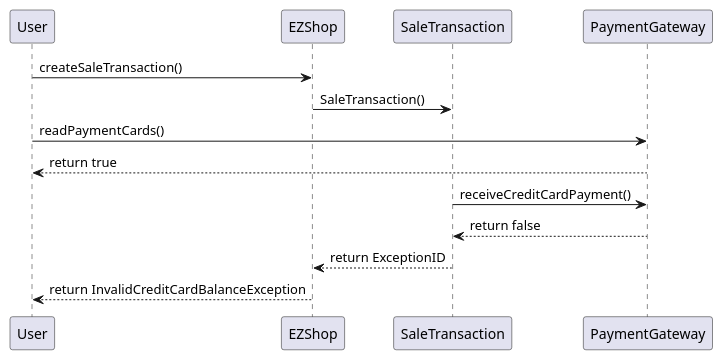
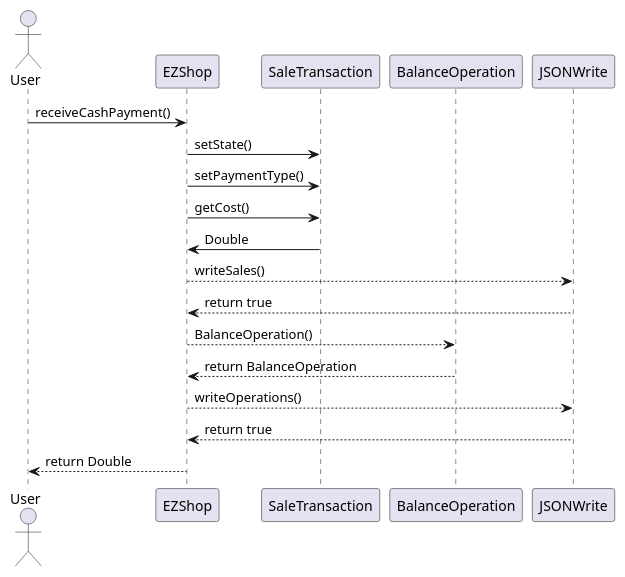
Diagram 18 of 21 in Deliverables/DesignDocument.md (giuseppesalvi/ezshop), drawn with PlantUML before and after one commit. The commit also changed other lines of this file, not shown here.

Commit message:
Update DesignDocument.md: sequence diagrams

````diff
--- a/Deliverables/DesignDocument.md
+++ b/Deliverables/DesignDocument.md
@@ -559,16 +585,20 @@
 ```plantuml
 @startuml
-participant User
+actor User
 participant EZShop
 participant SaleTransaction
-participant PaymentGateway
-User -> EZShop : createSaleTransaction()
-EZShop -> SaleTransaction : SaleTransaction()
-User -> PaymentGateway : readPaymentCards()
-User <-- PaymentGateway : return true
-SaleTransaction -> PaymentGateway : receiveCreditCardPayment()
-SaleTransaction <-- PaymentGateway : return false
-EZShop <-- SaleTransaction : return ExceptionID
-User <-- EZShop : return InvalidCreditCardBalanceException
+participant BalanceOperation
+User -> EZShop : receiveCashPayment()
+EZShop -> SaleTransaction : setState()
+EZShop -> SaleTransaction : setPaymentType()
+EZShop -> SaleTransaction : getCost()
+EZShop <- SaleTransaction : Double
+EZShop --> JSONWrite : writeSales()
+EZShop <-- JSONWrite : return true
+EZShop --> BalanceOperation : BalanceOperation()
+EZShop <-- BalanceOperation : return BalanceOperation
+EZShop --> JSONWrite : writeOperations()
+EZShop <-- JSONWrite : return true
+User <-- EZShop : return Double
 @enduml
 ```
````
